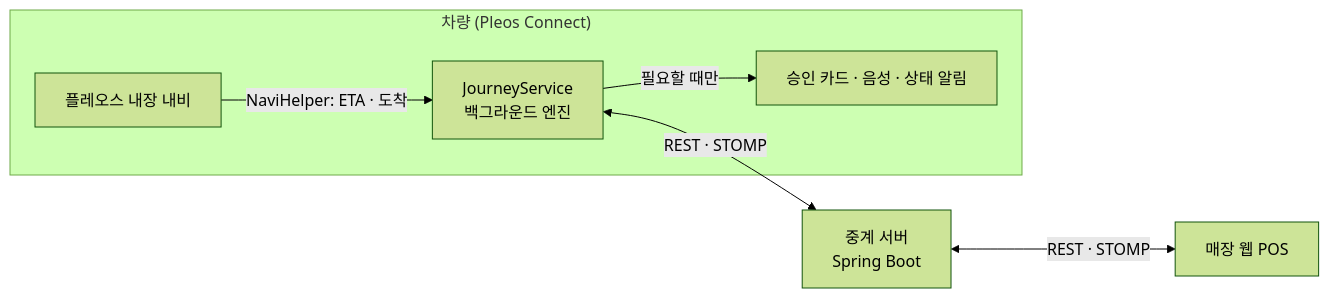
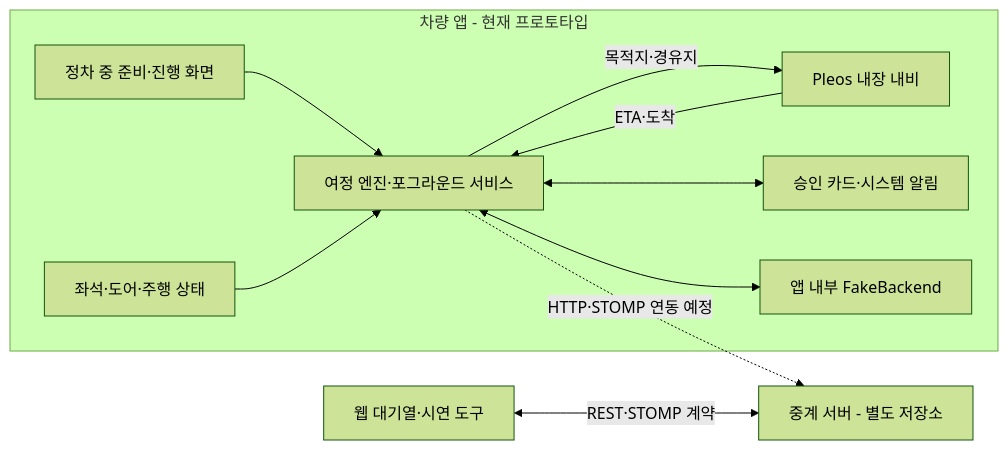
Before and after one commit to smartjourney-pleos/smart-journey-main: the diagram in README.md, drawn with Mermaid (forest theme). The commit also changed other lines of this file, not shown here.

````diff
--- a/README.md
+++ b/README.md
@@ -26,14 +48,21 @@
 ```mermaid
 flowchart LR
-  subgraph Car["차량 (Pleos Connect)"]
-    NAVI[플레오스 내장 내비]
-    ENG[JourneyService<br/>백그라운드 엔진]
-    TOUCH[승인 카드 · 음성 · 상태 알림]
-    NAVI -- NaviHelper: ETA · 도착 --> ENG
-    ENG -- 필요할 때만 --> TOUCH
+  subgraph CAR["차량 앱 - 현재 프로토타입"]
+    UI["정차 중 준비·진행 화면"]
+    NAVI["Pleos 내장 내비"]
+    VEH["좌석·도어·주행 상태"]
+    ENGINE["여정 엔진·포그라운드 서비스"]
+    NOTICE["승인 카드·시스템 알림"]
+    FAKE["앱 내부 FakeBackend"]
+    UI --> ENGINE
+    ENGINE -->|"목적지·경유지"| NAVI
+    NAVI -->|"ETA·도착"| ENGINE
+    VEH --> ENGINE
+    ENGINE <--> NOTICE
+    ENGINE <--> FAKE
   end
-  SRV[중계 서버<br/>Spring Boot]
-  POS[매장 웹 POS]
-  ENG <-- REST · STOMP --> SRV
-  SRV <-- REST · STOMP --> POS
+  SERVER["중계 서버 - 별도 저장소"]
+  WEB["웹 대기열·시연 도구"]
+  ENGINE -. "HTTP·STOMP 연동 예정" .-> SERVER
+  WEB <-->|"REST·STOMP 계약"| SERVER
 ```
````
